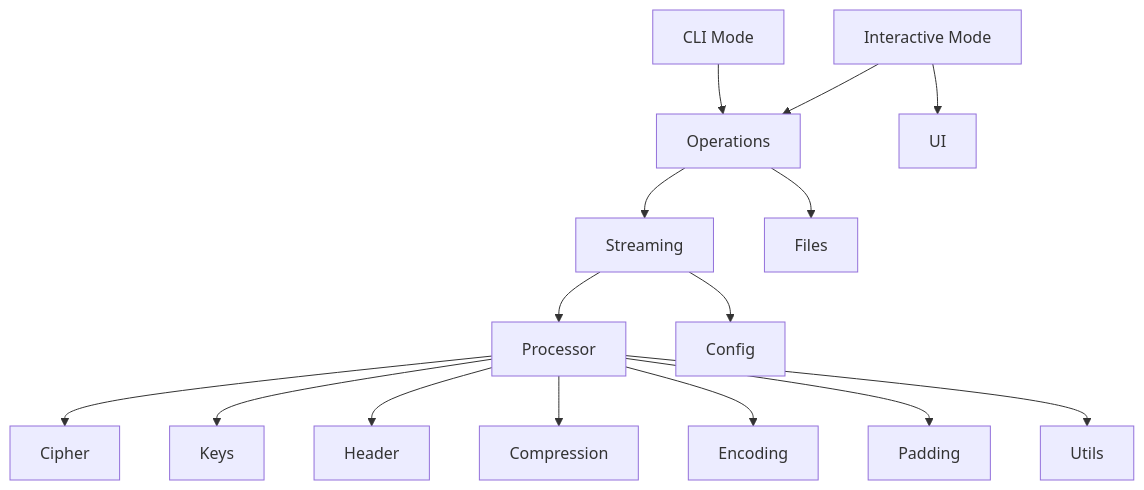
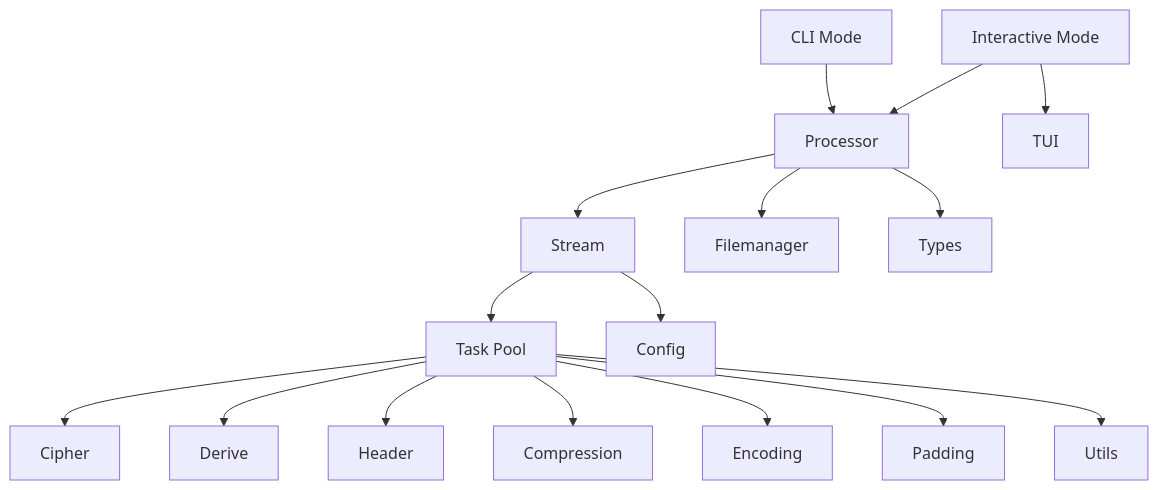
The second of 2 diagrams in README.md (hambosto/sweetbyte), drawn with Mermaid before and after one commit. The commit also changed other lines of this file, not shown here.

First line of the commit message:
docs(readme): update architecture diagram and package descriptions

````diff
--- a/README.md
+++ b/README.md
@@ -85,40 +85,42 @@
 ```mermaid
 graph TD
         A[CLI Mode]
         B[Interactive Mode]
 
-        C[Operations]
-        E[Streaming]
-        D[Processor]
+        C[Processor]
+        E[Stream]
+        D[Task Pool]
 
 
         F[Cipher]
-        G[Keys]
+        G[Derive]
         H[Header]
         I[Compression]
         J[Encoding]
         K[Padding]
 
-        L[Files]
-        M[UI]
+        L[Filemanager]
+        M[TUI]
         N[Config]
         P[Utils]
+        Q[Types]
 
     A --> C
     B --> C
 
     C --> E
     E --> D
 
     D --> F
     D --> G
     D --> H
     D --> I
     D --> J
     D --> K
 
     C --> L
     B --> M
     E --> N
     D --> P
+    C --> Q
 ```
````
